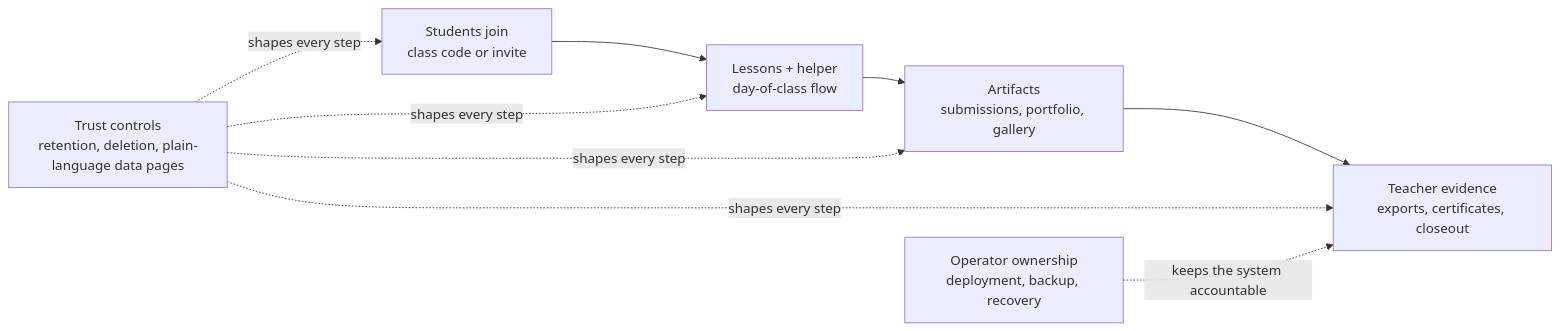
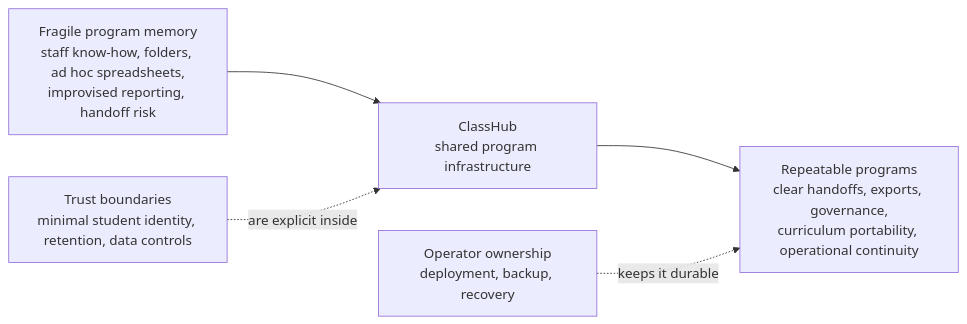
The diagram in press/diagrams/board/start_here_board_flow.mmd (bseverns/classhub), drawn with Mermaid before and after one commit. The commit also changed 3 other files, not shown here.

Commit message:
diagrams

```diff
--- a/press/diagrams/board/start_here_board_flow.mmd
+++ b/press/diagrams/board/start_here_board_flow.mmd
@@ -1,9 +1,5 @@
 flowchart LR
-  Join["Students join<br/>class code or invite"] --> Learn["Lessons + helper<br/>day-of-class flow"]
-  Learn --> Make["Artifacts<br/>submissions, portfolio, gallery"]
-  Make --> Report["Teacher evidence<br/>exports, certificates, closeout"]
-  Trust["Trust controls<br/>retention, deletion, plain-language data pages"] -. shapes every step .-> Join
-  Trust -. shapes every step .-> Learn
-  Trust -. shapes every step .-> Make
-  Trust -. shapes every step .-> Report
-  Ops["Operator ownership<br/>deployment, backup, recovery"] -. keeps the system accountable .-> Report
+  Fragile["Fragile program memory<br/>staff know-how, folders, ad hoc spreadsheets,<br/>improvised reporting, handoff risk"] --> Hub["ClassHub<br/>shared program infrastructure"]
+  Hub --> Durable["Repeatable programs<br/>clear handoffs, exports, governance,<br/>curriculum portability, operational continuity"]
+  Trust["Trust boundaries<br/>minimal student identity, retention, data controls"] -. are explicit inside .-> Hub
+  Ops["Operator ownership<br/>deployment, backup, recovery"] -. keeps it durable .-> Durable
```
